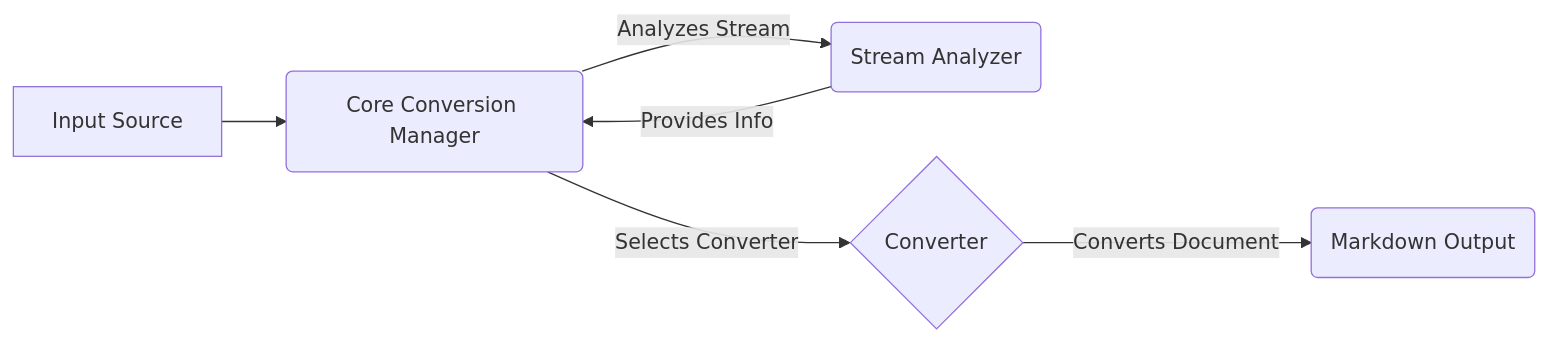
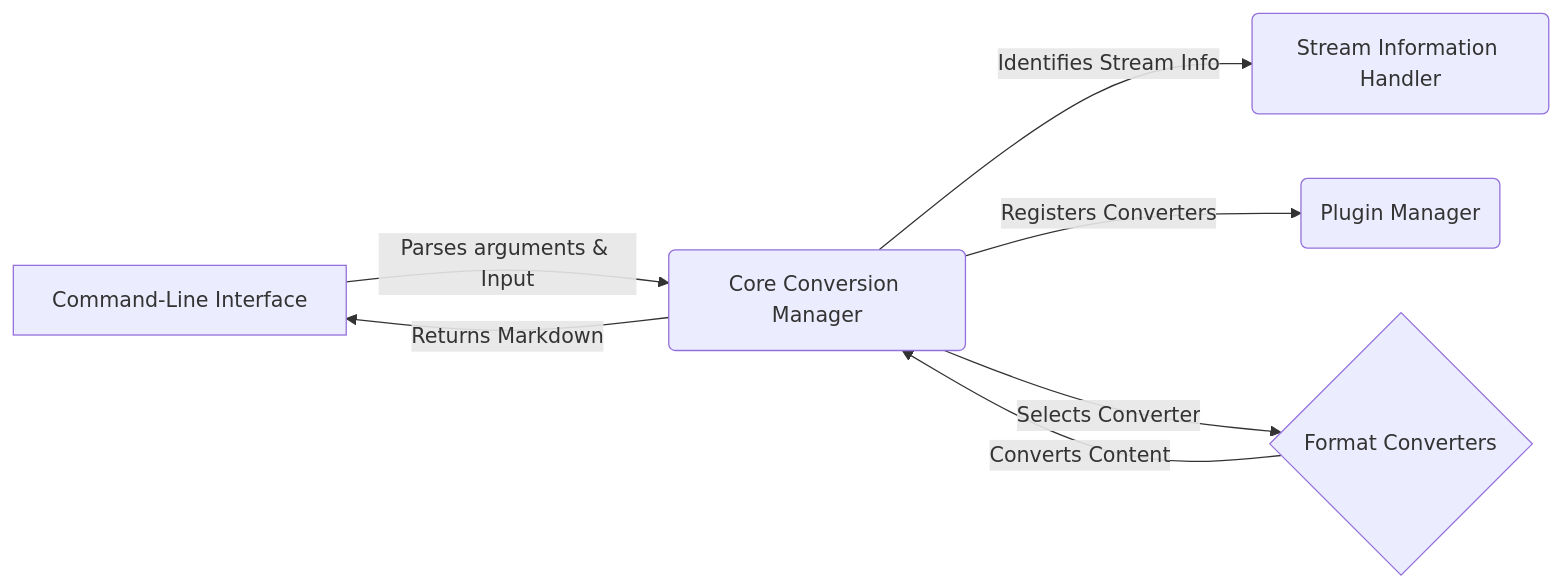
The diagram in markitdown/on_boarding.md (CodeBoarding/GeneratedOnBoardings), drawn with Mermaid before and after one commit. The commit also changed other lines of this file and 7 other files, not shown here.

````diff
--- a/markitdown/on_boarding.md
+++ b/markitdown/on_boarding.md
@@ -5,15 +5,15 @@
 ```mermaid
- graph LR
-    A[Input Source] --> B(Core Conversion Manager)
-    B -- Analyzes Stream --> C(Stream Analyzer)
-    C -- Provides Info --> B
-    B -- Selects Converter --> D{Converter}
-    D -- Converts Document --> E(Markdown Output)
+graph LR
+    A[Command-Line Interface] -- Parses arguments & Input --> B(Core Conversion Manager)
+    B -- Identifies Stream Info --> C(Stream Information Handler)
+    B -- Registers Converters --> E(Plugin Manager)
+    B -- Selects Converter --> D{Format Converters}
+    D -- Converts Content --> B
+    B -- Returns Markdown --> A
 
-click A href "https://github.com/CodeBoarding/GeneratedOnBoardings/blob/main/markitdown//README.md"
+click A href "https://github.com/CodeBoarding/GeneratedOnBoardings/blob/main/markitdown//Command-Line%20Interface.md"
 click B href "https://github.com/CodeBoarding/GeneratedOnBoardings/blob/main/markitdown//Core%20Conversion%20Manager.md"
-click C href "https://github.com/CodeBoarding/GeneratedOnBoardings/blob/main/markitdown//Stream%20Analyzer.md"
-click D href "https://github.com/CodeBoarding/GeneratedOnBoardings/blob/main/markitdown//Converter.md"
-click E href "https://github.com/CodeBoarding/GeneratedOnBoardings/blob/main/markitdown//README.md"
-
+click C href "https://github.com/CodeBoarding/GeneratedOnBoardings/blob/main/markitdown//Stream%20Information%20Handler.md"
+click D href "https://github.com/CodeBoarding/GeneratedOnBoardings/blob/main/markitdown//Format%20Converters.md"
+click E href "https://github.com/CodeBoarding/GeneratedOnBoardings/blob/main/markitdown//Plugin%20Manager.md"
 ```
````
